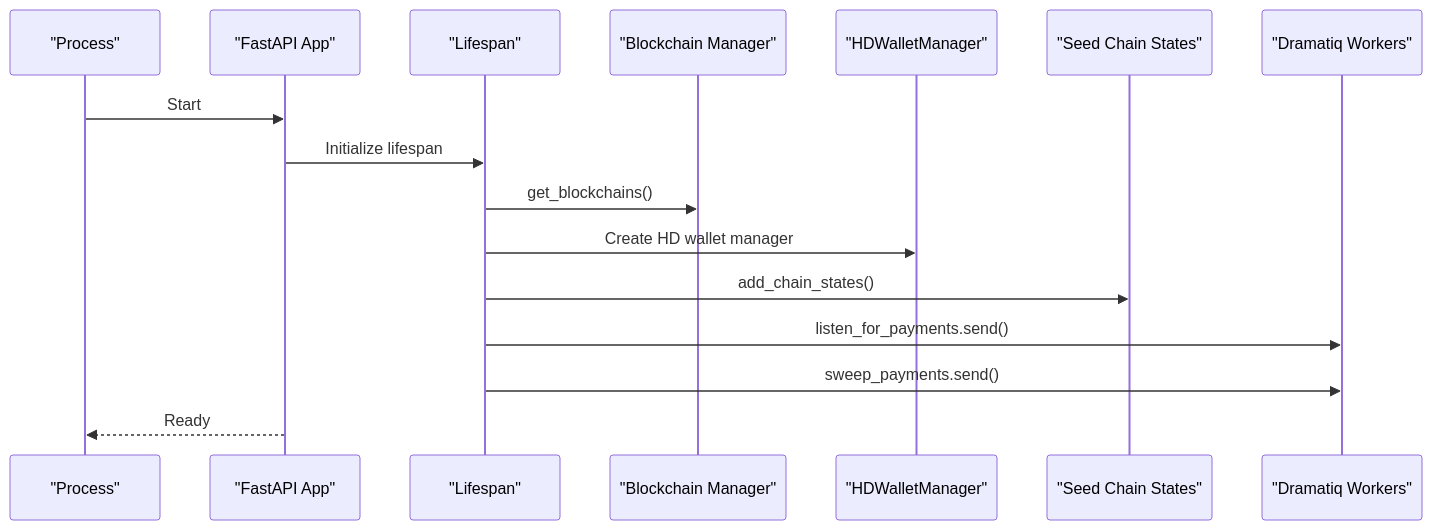
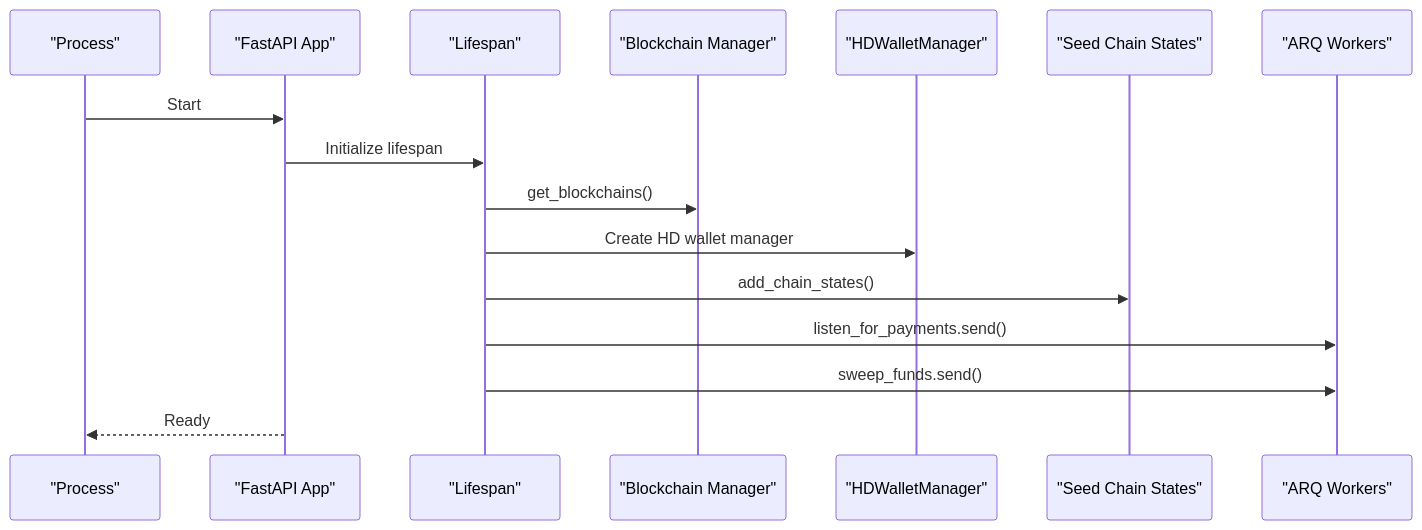
One commit to rakibhossain72/ctrip-docs changed the third of 11 diagrams in docs/project-overview/technology-stack-and-architecture.md. Above: the diagram before and after it, drawn with Mermaid. The commit also changed other lines of this file and 25 other files, not shown here.

First line of the commit message:
docs: Update documentation to reflect ARQ task migration from Dramatiq

````diff
--- a/docs/project-overview/technology-stack-and-architecture.md
+++ b/docs/project-overview/technology-stack-and-architecture.md
@@ -151,18 +151,18 @@
 ```mermaid
 sequenceDiagram
 participant Proc as "Process"
 participant App as "FastAPI App"
 participant Life as "Lifespan"
 participant BC as "Blockchain Manager"
 participant HD as "HDWalletManager"
 participant Seed as "Seed Chain States"
-participant Worker as "Dramatiq Workers"
+participant Worker as "ARQ Workers"
 Proc->>App : Start
 App->>Life : Initialize lifespan
 Life->>BC : get_blockchains()
 Life->>HD : Create HD wallet manager
 Life->>Seed : add_chain_states()
 Life->>Worker : listen_for_payments.send()
-Life->>Worker : sweep_payments.send()
+Life->>Worker : sweep_funds.send()
 App-->>Proc : Ready
 ```
````
